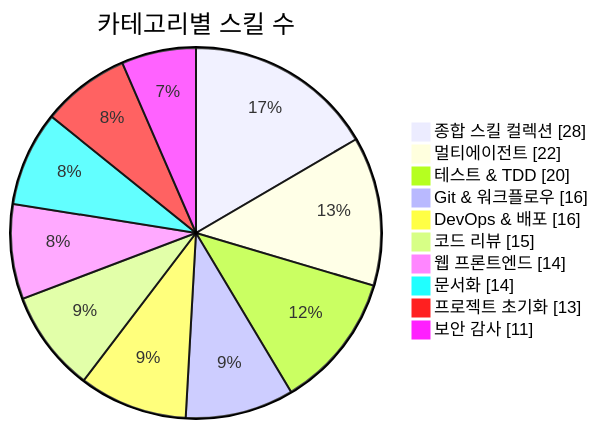
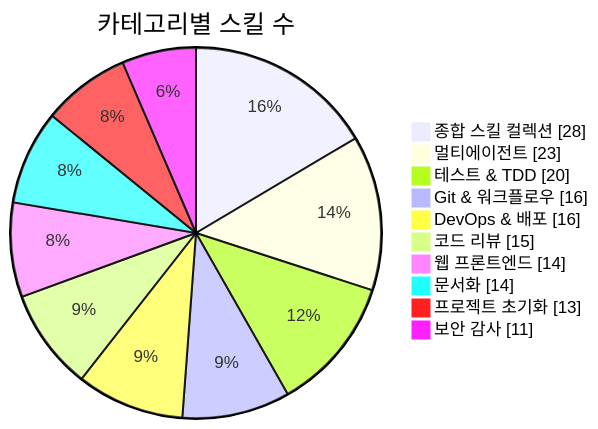
One commit to J-nowcow/awesome-korean-agent-skills changed the first of 3 diagrams in README.md. Above: the diagram before and after it, drawn with Mermaid. The commit also changed other lines of this file and 4 other files, not shown here.

````diff
--- a/README.md
+++ b/README.md
@@ -176,14 +176,14 @@
 ```mermaid
 pie showData
     title 카테고리별 스킬 수
     "종합 스킬 컬렉션" : 28
-    "멀티에이전트" : 22
+    "멀티에이전트" : 23
     "테스트 & TDD" : 20
     "Git & 워크플로우" : 16
     "DevOps & 배포" : 16
     "코드 리뷰" : 15
     "웹 프론트엔드" : 14
     "문서화" : 14
     "프로젝트 초기화" : 13
     "보안 감사" : 11
 ```
````
